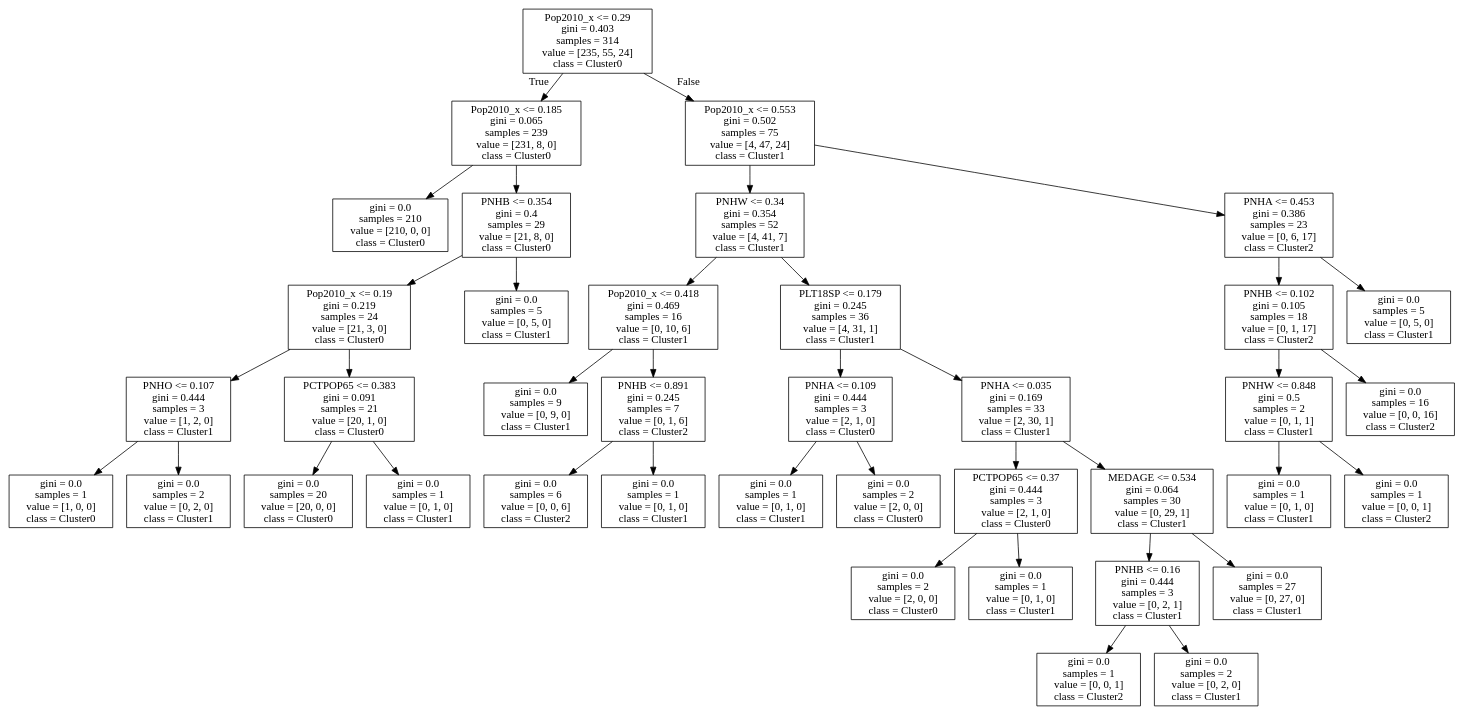
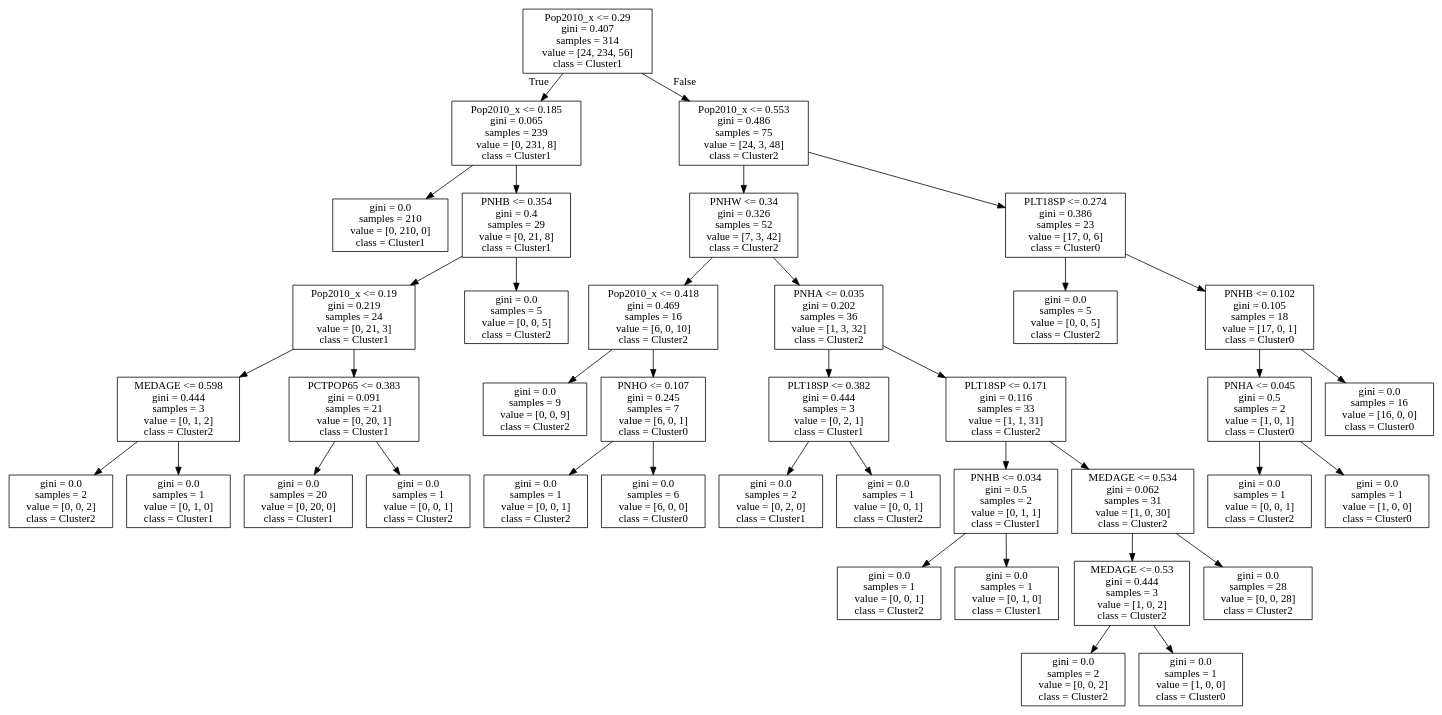
Before and after one commit to arunkulkarni95/COSC467_FinalProject: the diagram in tree.dot, drawn with Graphviz. The commit also changed 19 other files, not shown here.

```diff
--- a/tree.dot
+++ b/tree.dot
@@ -1,80 +1,80 @@
 digraph Tree {
 node [shape=box] ;
-0 [label="Pop2010_x <= 0.29\ngini = 0.403\nsamples = 314\nvalue = [235, 55, 24]\nclass = Cluster0"] ;
-1 [label="Pop2010_x <= 0.185\ngini = 0.065\nsamples = 239\nvalue = [231, 8, 0]\nclass = Cluster0"] ;
+0 [label="Pop2010_x <= 0.29\ngini = 0.407\nsamples = 314\nvalue = [24, 234, 56]\nclass = Cluster1"] ;
+1 [label="Pop2010_x <= 0.185\ngini = 0.065\nsamples = 239\nvalue = [0, 231, 8]\nclass = Cluster1"] ;
 0 -> 1 [labeldistance=2.5, labelangle=45, headlabel="True"] ;
-2 [label="gini = 0.0\nsamples = 210\nvalue = [210, 0, 0]\nclass = Cluster0"] ;
+2 [label="gini = 0.0\nsamples = 210\nvalue = [0, 210, 0]\nclass = Cluster1"] ;
 1 -> 2 ;
-3 [label="PNHB <= 0.354\ngini = 0.4\nsamples = 29\nvalue = [21, 8, 0]\nclass = Cluster0"] ;
+3 [label="PNHB <= 0.354\ngini = 0.4\nsamples = 29\nvalue = [0, 21, 8]\nclass = Cluster1"] ;
 1 -> 3 ;
-4 [label="Pop2010_x <= 0.19\ngini = 0.219\nsamples = 24\nvalue = [21, 3, 0]\nclass = Cluster0"] ;
+4 [label="Pop2010_x <= 0.19\ngini = 0.219\nsamples = 24\nvalue = [0, 21, 3]\nclass = Cluster1"] ;
 3 -> 4 ;
-5 [label="PNHO <= 0.107\ngini = 0.444\nsamples = 3\nvalue = [1, 2, 0]\nclass = Cluster1"] ;
+5 [label="MEDAGE <= 0.598\ngini = 0.444\nsamples = 3\nvalue = [0, 1, 2]\nclass = Cluster2"] ;
 4 -> 5 ;
-6 [label="gini = 0.0\nsamples = 1\nvalue = [1, 0, 0]\nclass = Cluster0"] ;
+6 [label="gini = 0.0\nsamples = 2\nvalue = [0, 0, 2]\nclass = Cluster2"] ;
 5 -> 6 ;
-7 [label="gini = 0.0\nsamples = 2\nvalue = [0, 2, 0]\nclass = Cluster1"] ;
+7 [label="gini = 0.0\nsamples = 1\nvalue = [0, 1, 0]\nclass = Cluster1"] ;
 5 -> 7 ;
-8 [label="PCTPOP65 <= 0.383\ngini = 0.091\nsamples = 21\nvalue = [20, 1, 0]\nclass = Cluster0"] ;
+8 [label="PCTPOP65 <= 0.383\ngini = 0.091\nsamples = 21\nvalue = [0, 20, 1]\nclass = Cluster1"] ;
 4 -> 8 ;
-9 [label="gini = 0.0\nsamples = 20\nvalue = [20, 0, 0]\nclass = Cluster0"] ;
+9 [label="gini = 0.0\nsamples = 20\nvalue = [0, 20, 0]\nclass = Cluster1"] ;
 8 -> 9 ;
-10 [label="gini = 0.0\nsamples = 1\nvalue = [0, 1, 0]\nclass = Cluster1"] ;
+10 [label="gini = 0.0\nsamples = 1\nvalue = [0, 0, 1]\nclass = Cluster2"] ;
 8 -> 10 ;
-11 [label="gini = 0.0\nsamples = 5\nvalue = [0, 5, 0]\nclass = Cluster1"] ;
+11 [label="gini = 0.0\nsamples = 5\nvalue = [0, 0, 5]\nclass = Cluster2"] ;
 3 -> 11 ;
-12 [label="Pop2010_x <= 0.553\ngini = 0.502\nsamples = 75\nvalue = [4, 47, 24]\nclass = Cluster1"] ;
+12 [label="Pop2010_x <= 0.553\ngini = 0.486\nsamples = 75\nvalue = [24, 3, 48]\nclass = Cluster2"] ;
 0 -> 12 [labeldistance=2.5, labelangle=-45, headlabel="False"] ;
-13 [label="PNHW <= 0.34\ngini = 0.354\nsamples = 52\nvalue = [4, 41, 7]\nclass = Cluster1"] ;
+13 [label="PNHW <= 0.34\ngini = 0.326\nsamples = 52\nvalue = [7, 3, 42]\nclass = Cluster2"] ;
 12 -> 13 ;
-14 [label="Pop2010_x <= 0.418\ngini = 0.469\nsamples = 16\nvalue = [0, 10, 6]\nclass = Cluster1"] ;
+14 [label="Pop2010_x <= 0.418\ngini = 0.469\nsamples = 16\nvalue = [6, 0, 10]\nclass = Cluster2"] ;
 13 -> 14 ;
-15 [label="gini = 0.0\nsamples = 9\nvalue = [0, 9, 0]\nclass = Cluster1"] ;
+15 [label="gini = 0.0\nsamples = 9\nvalue = [0, 0, 9]\nclass = Cluster2"] ;
 14 -> 15 ;
-16 [label="PNHB <= 0.891\ngini = 0.245\nsamples = 7\nvalue = [0, 1, 6]\nclass = Cluster2"] ;
+16 [label="PNHO <= 0.107\ngini = 0.245\nsamples = 7\nvalue = [6, 0, 1]\nclass = Cluster0"] ;
 14 -> 16 ;
-17 [label="gini = 0.0\nsamples = 6\nvalue = [0, 0, 6]\nclass = Cluster2"] ;
+17 [label="gini = 0.0\nsamples = 1\nvalue = [0, 0, 1]\nclass = Cluster2"] ;
 16 -> 17 ;
-18 [label="gini = 0.0\nsamples = 1\nvalue = [0, 1, 0]\nclass = Cluster1"] ;
+18 [label="gini = 0.0\nsamples = 6\nvalue = [6, 0, 0]\nclass = Cluster0"] ;
 16 -> 18 ;
-19 [label="PLT18SP <= 0.179\ngini = 0.245\nsamples = 36\nvalue = [4, 31, 1]\nclass = Cluster1"] ;
+19 [label="PNHA <= 0.035\ngini = 0.202\nsamples = 36\nvalue = [1, 3, 32]\nclass = Cluster2"] ;
 13 -> 19 ;
-20 [label="PNHA <= 0.109\ngini = 0.444\nsamples = 3\nvalue = [2, 1, 0]\nclass = Cluster0"] ;
+20 [label="PLT18SP <= 0.382\ngini = 0.444\nsamples = 3\nvalue = [0, 2, 1]\nclass = Cluster1"] ;
 19 -> 20 ;
-21 [label="gini = 0.0\nsamples = 1\nvalue = [0, 1, 0]\nclass = Cluster1"] ;
+21 [label="gini = 0.0\nsamples = 2\nvalue = [0, 2, 0]\nclass = Cluster1"] ;
 20 -> 21 ;
-22 [label="gini = 0.0\nsamples = 2\nvalue = [2, 0, 0]\nclass = Cluster0"] ;
+22 [label="gini = 0.0\nsamples = 1\nvalue = [0, 0, 1]\nclass = Cluster2"] ;
 20 -> 22 ;
-23 [label="PNHA <= 0.035\ngini = 0.169\nsamples = 33\nvalue = [2, 30, 1]\nclass = Cluster1"] ;
+23 [label="PLT18SP <= 0.171\ngini = 0.116\nsamples = 33\nvalue = [1, 1, 31]\nclass = Cluster2"] ;
 19 -> 23 ;
-24 [label="PCTPOP65 <= 0.37\ngini = 0.444\nsamples = 3\nvalue = [2, 1, 0]\nclass = Cluster0"] ;
+24 [label="PNHB <= 0.034\ngini = 0.5\nsamples = 2\nvalue = [0, 1, 1]\nclass = Cluster1"] ;
 23 -> 24 ;
-25 [label="gini = 0.0\nsamples = 2\nvalue = [2, 0, 0]\nclass = Cluster0"] ;
+25 [label="gini = 0.0\nsamples = 1\nvalue = [0, 0, 1]\nclass = Cluster2"] ;
 24 -> 25 ;
 26 [label="gini = 0.0\nsamples = 1\nvalue = [0, 1, 0]\nclass = Cluster1"] ;
 24 -> 26 ;
-27 [label="MEDAGE <= 0.534\ngini = 0.064\nsamples = 30\nvalue = [0, 29, 1]\nclass = Cluster1"] ;
+27 [label="MEDAGE <= 0.534\ngini = 0.062\nsamples = 31\nvalue = [1, 0, 30]\nclass = Cluster2"] ;
 23 -> 27 ;
-28 [label="PNHB <= 0.16\ngini = 0.444\nsamples = 3\nvalue = [0, 2, 1]\nclass = Cluster1"] ;
+28 [label="MEDAGE <= 0.53\ngini = 0.444\nsamples = 3\nvalue = [1, 0, 2]\nclass = Cluster2"] ;
 27 -> 28 ;
-29 [label="gini = 0.0\nsamples = 1\nvalue = [0, 0, 1]\nclass = Cluster2"] ;
+29 [label="gini = 0.0\nsamples = 2\nvalue = [0, 0, 2]\nclass = Cluster2"] ;
 28 -> 29 ;
-30 [label="gini = 0.0\nsamples = 2\nvalue = [0, 2, 0]\nclass = Cluster1"] ;
+30 [label="gini = 0.0\nsamples = 1\nvalue = [1, 0, 0]\nclass = Cluster0"] ;
 28 -> 30 ;
-31 [label="gini = 0.0\nsamples = 27\nvalue = [0, 27, 0]\nclass = Cluster1"] ;
+31 [label="gini = 0.0\nsamples = 28\nvalue = [0, 0, 28]\nclass = Cluster2"] ;
 27 -> 31 ;
-32 [label="PNHA <= 0.453\ngini = 0.386\nsamples = 23\nvalue = [0, 6, 17]\nclass = Cluster2"] ;
+32 [label="PLT18SP <= 0.274\ngini = 0.386\nsamples = 23\nvalue = [17, 0, 6]\nclass = Cluster0"] ;
 12 -> 32 ;
-33 [label="PNHB <= 0.102\ngini = 0.105\nsamples = 18\nvalue = [0, 1, 17]\nclass = Cluster2"] ;
+33 [label="gini = 0.0\nsamples = 5\nvalue = [0, 0, 5]\nclass = Cluster2"] ;
 32 -> 33 ;
-34 [label="PNHW <= 0.848\ngini = 0.5\nsamples = 2\nvalue = [0, 1, 1]\nclass = Cluster1"] ;
-33 -> 34 ;
-35 [label="gini = 0.0\nsamples = 1\nvalue = [0, 1, 0]\nclass = Cluster1"] ;
+34 [label="PNHB <= 0.102\ngini = 0.105\nsamples = 18\nvalue = [17, 0, 1]\nclass = Cluster0"] ;
+32 -> 34 ;
+35 [label="PNHA <= 0.045\ngini = 0.5\nsamples = 2\nvalue = [1, 0, 1]\nclass = Cluster0"] ;
 34 -> 35 ;
 36 [label="gini = 0.0\nsamples = 1\nvalue = [0, 0, 1]\nclass = Cluster2"] ;
-34 -> 36 ;
-37 [label="gini = 0.0\nsamples = 16\nvalue = [0, 0, 16]\nclass = Cluster2"] ;
-33 -> 37 ;
-38 [label="gini = 0.0\nsamples = 5\nvalue = [0, 5, 0]\nclass = Cluster1"] ;
-32 -> 38 ;
+35 -> 36 ;
+37 [label="gini = 0.0\nsamples = 1\nvalue = [1, 0, 0]\nclass = Cluster0"] ;
+35 -> 37 ;
+38 [label="gini = 0.0\nsamples = 16\nvalue = [16, 0, 0]\nclass = Cluster0"] ;
+34 -> 38 ;
 }
```
